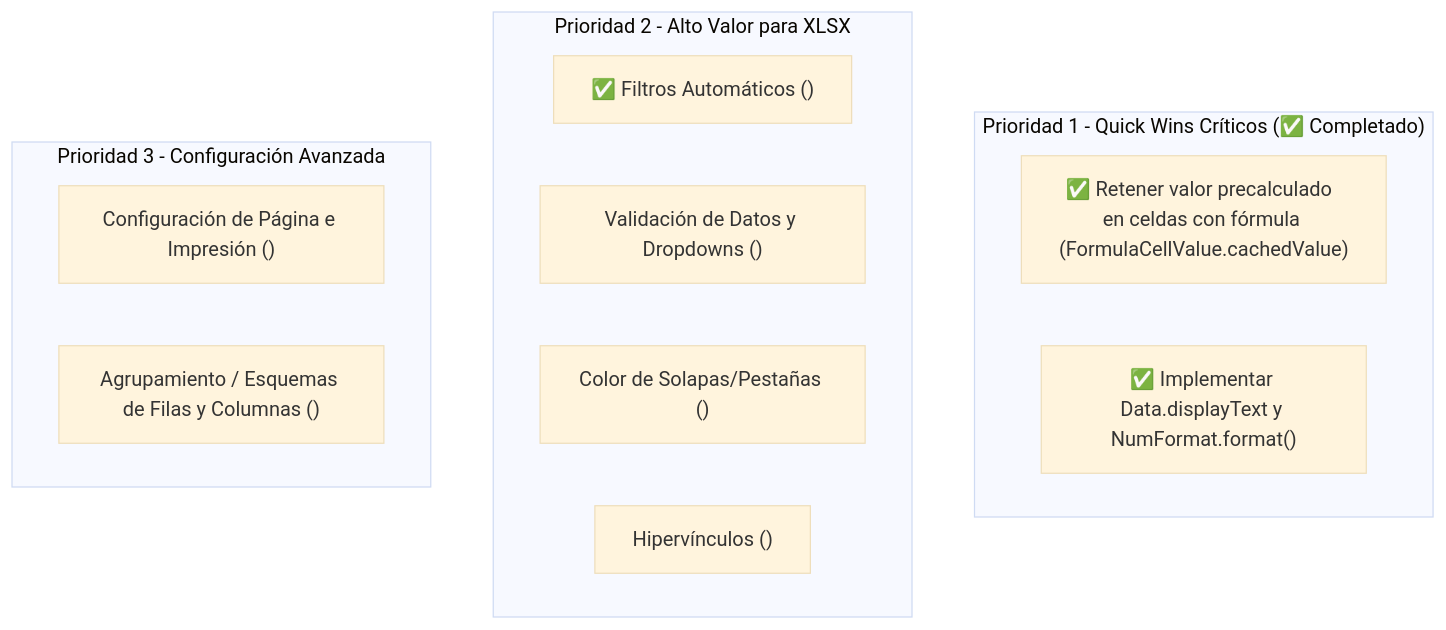
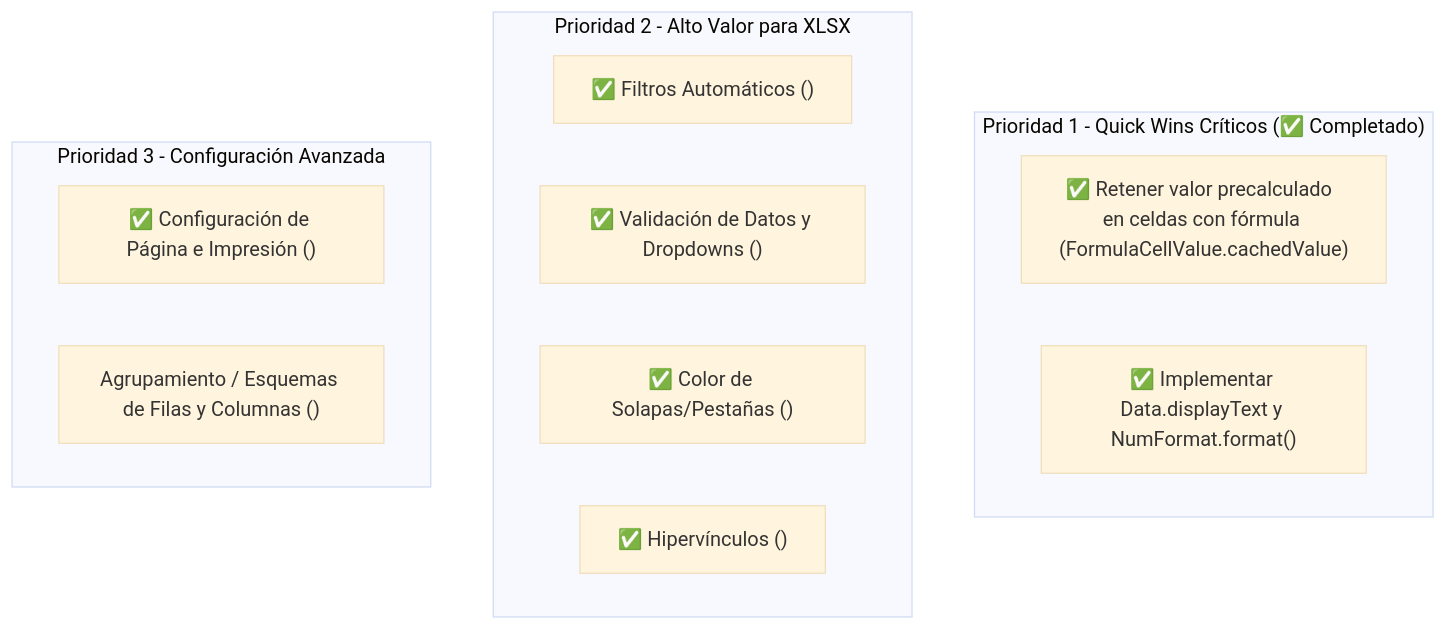
Before and after one commit to DecksPlayer/excel_community: the third of 3 diagrams in COMPARISON_EXCEL_COMMUNITY_VS_EXCEL_PLUS.md, drawn with Mermaid (base theme). The commit also changed other lines of this file and 64 other files, not shown here.

````diff
--- a/COMPARISON_EXCEL_COMMUNITY_VS_EXCEL_PLUS.md
+++ b/COMPARISON_EXCEL_COMMUNITY_VS_EXCEL_PLUS.md
@@ -319,17 +323,17 @@
 ```mermaid
 graph TD
     subgraph "Prioridad 1 - Quick Wins Críticos (✅ Completado)"
         P1A["✅ Retener valor precalculado <v> en celdas con fórmula (FormulaCellValue.cachedValue)"]
         P1B["✅ Implementar Data.displayText y NumFormat.format()"]
     end
     subgraph "Prioridad 2 - Alto Valor para XLSX"
         P2A["✅ Filtros Automáticos (<autoFilter>)"]
-        P2B["Validación de Datos y Dropdowns (<dataValidation>)"]
-        P2C["Color de Solapas/Pestañas (<tabColor>)"]
-        P2D["Hipervínculos (<hyperlinks>)"]
+        P2B["✅ Validación de Datos y Dropdowns (<dataValidation>)"]
+        P2C["✅ Color de Solapas/Pestañas (<tabColor>)"]
+        P2D["✅ Hipervínculos (<hyperlinks>)"]
     end
     subgraph "Prioridad 3 - Configuración Avanzada"
-        P3A["Configuración de Página e Impresión (<pageSetup>)"]
+        P3A["✅ Configuración de Página e Impresión (<pageSetup>)"]
         P3B["Agrupamiento / Esquemas de Filas y Columnas (<outlinePr>)"]
     end
 ```
````
